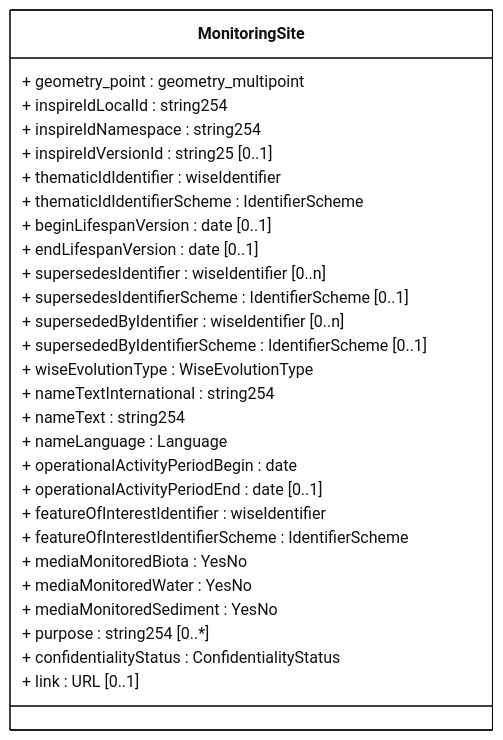
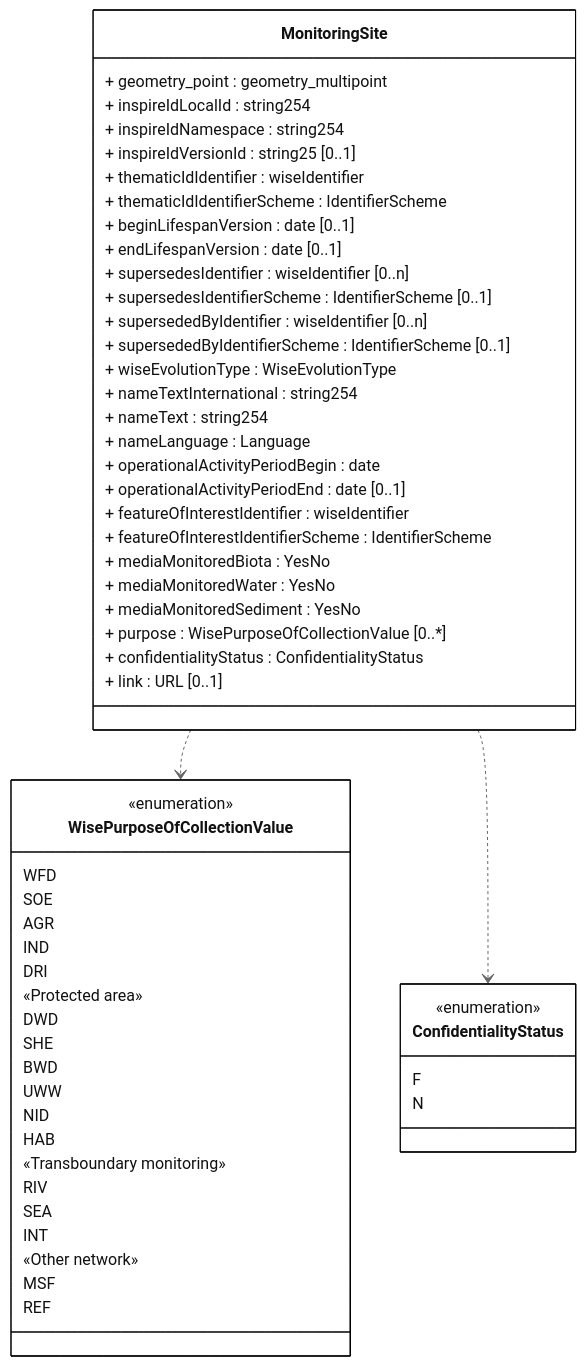
One commit to eeadata/WISE.WFD.Documentation changed the diagram in docs/DataModelReview/mmd/Spatial_4thCycle_MonitoringSite.mmd. Above: the diagram before and after it, drawn with Mermaid. The commit also changed 15 other files, not shown here.

```diff
--- a/docs/DataModelReview/mmd/Spatial_4thCycle_MonitoringSite.mmd
+++ b/docs/DataModelReview/mmd/Spatial_4thCycle_MonitoringSite.mmd
@@ -1,40 +1,72 @@
 ---
 config:
   class:
     hideEmptyMembersBox: true
   layout: dagre
   theme: neutral
 ---
 classDiagram
-direction LR
+direction TB
 class MonitoringSite{
   + geometry_point : geometry_multipoint
   + inspireIdLocalId : string254
   + inspireIdNamespace : string254 
   + inspireIdVersionId : string25 [0..1]
   + thematicIdIdentifier : wiseIdentifier
   + thematicIdIdentifierScheme : IdentifierScheme
   + beginLifespanVersion : date [0..1]
   + endLifespanVersion : date [0..1]
   + supersedesIdentifier : wiseIdentifier [0..n]
   + supersedesIdentifierScheme : IdentifierScheme [0..1]
   + supersededByIdentifier : wiseIdentifier [0..n]
   + supersededByIdentifierScheme : IdentifierScheme [0..1]
   + wiseEvolutionType : WiseEvolutionType
   + nameTextInternational : string254
   + nameText : string254
   + nameLanguage : Language
   + operationalActivityPeriodBegin : date 
   + operationalActivityPeriodEnd : date [0..1]
   + featureOfInterestIdentifier : wiseIdentifier
   + featureOfInterestIdentifierScheme : IdentifierScheme
   + mediaMonitoredBiota : YesNo
   + mediaMonitoredWater : YesNo
   + mediaMonitoredSediment : YesNo
-  + purpose : string254 [0..*]
+  + purpose : WisePurposeOfCollectionValue [0..*]
   + confidentialityStatus : ConfidentialityStatus
   + link : URL [0..1]
 }
 
+class ConfidentialityStatus{
+<<enumeration>>
+F
+N
+}
+
+class WisePurposeOfCollectionValue{
+<<enumeration>>
+WFD
+SOE
+AGR
+IND
+DRI
+«Protected area»
+DWD
+SHE
+BWD
+UWW
+NID
+HAB
+«Transboundary monitoring»
+RIV
+SEA
+INT
+«Other network»
+MSF
+REF
+}
+
+MonitoringSite ..> WisePurposeOfCollectionValue
+MonitoringSite ..> ConfidentialityStatus
+
 classDef default fill:white,stroke:#000;
 classDef forFixing fill:white,stroke:#f00;
```
